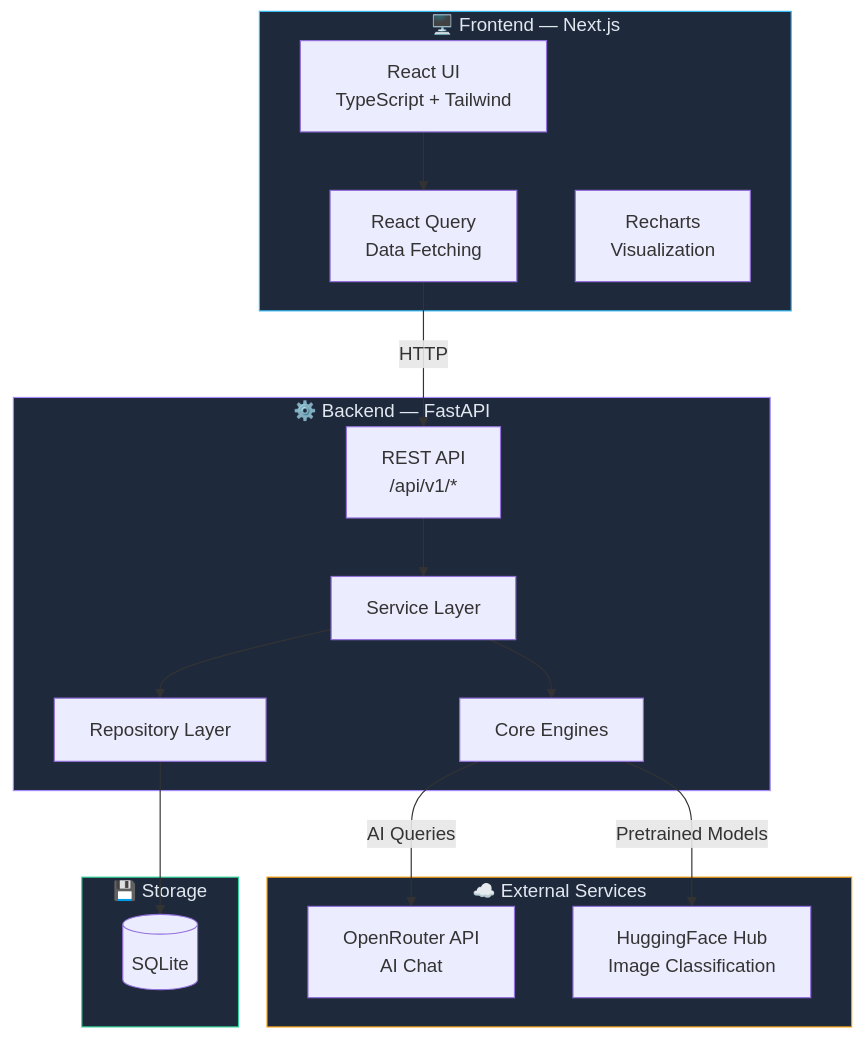
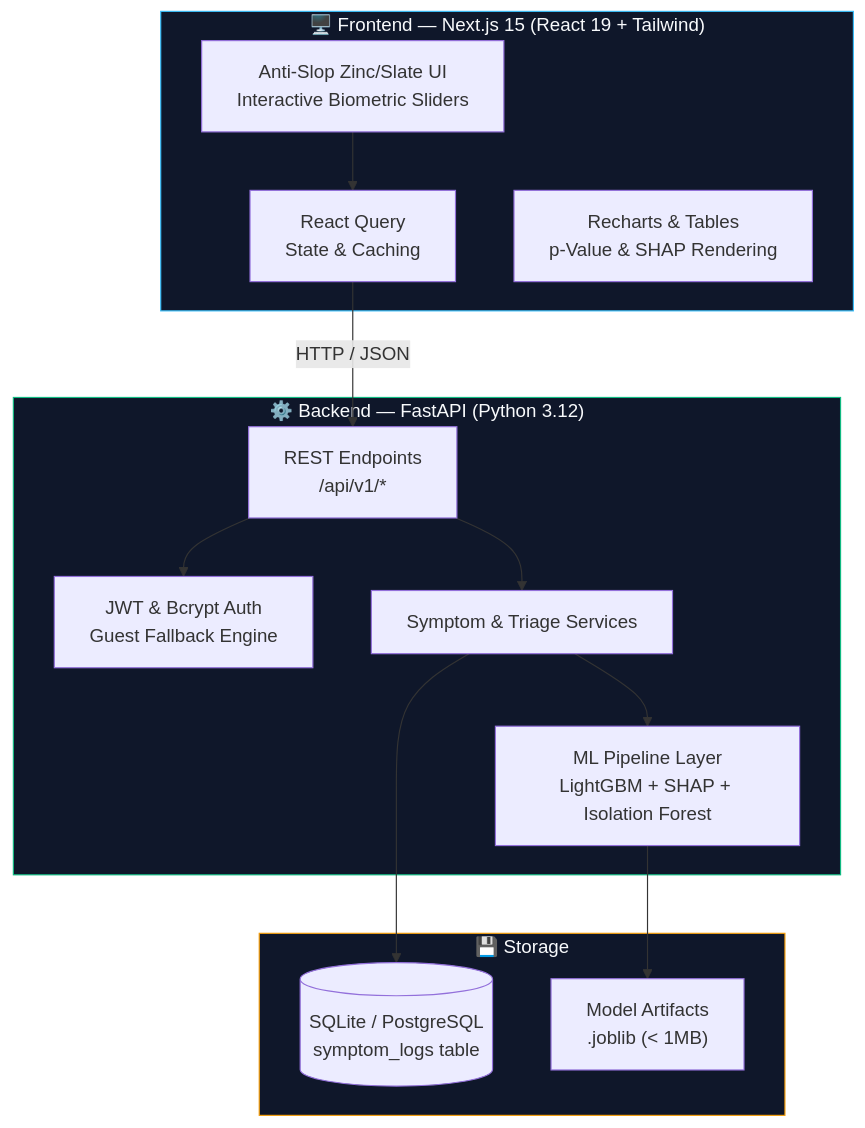
Before and after one commit to rj9884/healthGuard: the first of 2 diagrams in README.md, drawn with Mermaid. The commit also changed other lines of this file, not shown here.

Commit message:
docs: update README with lightweight ML architecture, updated database schema, and local setup guide

````diff
--- a/README.md
+++ b/README.md
@@ -62,38 +68,32 @@
 ```mermaid
 graph TB
-    subgraph Client["🖥️ Frontend — Next.js"]
-        UI["React UI<br/>TypeScript + Tailwind"]
-        RQ["React Query<br/>Data Fetching"]
-        RC["Recharts<br/>Visualization"]
+    subgraph Client["🖥️ Frontend — Next.js 15 (React 19 + Tailwind)"]
+        UI["Anti-Slop Zinc/Slate UI<br/>Interactive Biometric Sliders"]
+        RQ["React Query<br/>State & Caching"]
+        RC["Recharts & Tables<br/>p-Value & SHAP Rendering"]
     end
 
-    subgraph Server["⚙️ Backend — FastAPI"]
-        API["REST API<br/>/api/v1/*"]
-        SVC["Service Layer"]
-        REPO["Repository Layer"]
-        CORE["Core Engines"]
-    end
-
-    subgraph External["☁️ External Services"]
-        OR["OpenRouter API<br/>AI Chat"]
-        HF["HuggingFace Hub<br/>Image Classification"]
+    subgraph Server["⚙️ Backend — FastAPI (Python 3.12)"]
+        API["REST Endpoints<br/>/api/v1/*"]
+        AUTH["JWT & Bcrypt Auth<br/>Guest Fallback Engine"]
+        SVC["Symptom & Triage Services"]
+        ML["ML Pipeline Layer<br/>LightGBM + SHAP + Isolation Forest"]
     end
 
     subgraph Storage["💾 Storage"]
-        DB[(SQLite)]
+        DB[(SQLite / PostgreSQL<br/>symptom_logs table)]
+        ART["Model Artifacts<br/>.joblib (< 1MB)"]
     end
 
     UI --> RQ
-    RQ -->|HTTP| API
+    RQ -->|HTTP / JSON| API
+    API --> AUTH
     API --> SVC
-    SVC --> REPO
-    SVC --> CORE
-    REPO --> DB
-    CORE -->|AI Queries| OR
-    CORE -->|Pretrained Models| HF
+    SVC --> ML
+    ML --> ART
+    SVC --> DB
 
-    style Client fill:#1e293b,stroke:#38bdf8,color:#e2e8f0
-    style Server fill:#1e293b,stroke:#a78bfa,color:#e2e8f0
-    style External fill:#1e293b,stroke:#f59e0b,color:#e2e8f0
-    style Storage fill:#1e293b,stroke:#34d399,color:#e2e8f0
+    style Client fill:#0f172a,stroke:#38bdf8,color:#f8fafc
+    style Server fill:#0f172a,stroke:#10b981,color:#f8fafc
+    style Storage fill:#0f172a,stroke:#f59e0b,color:#f8fafc
 ```
````
